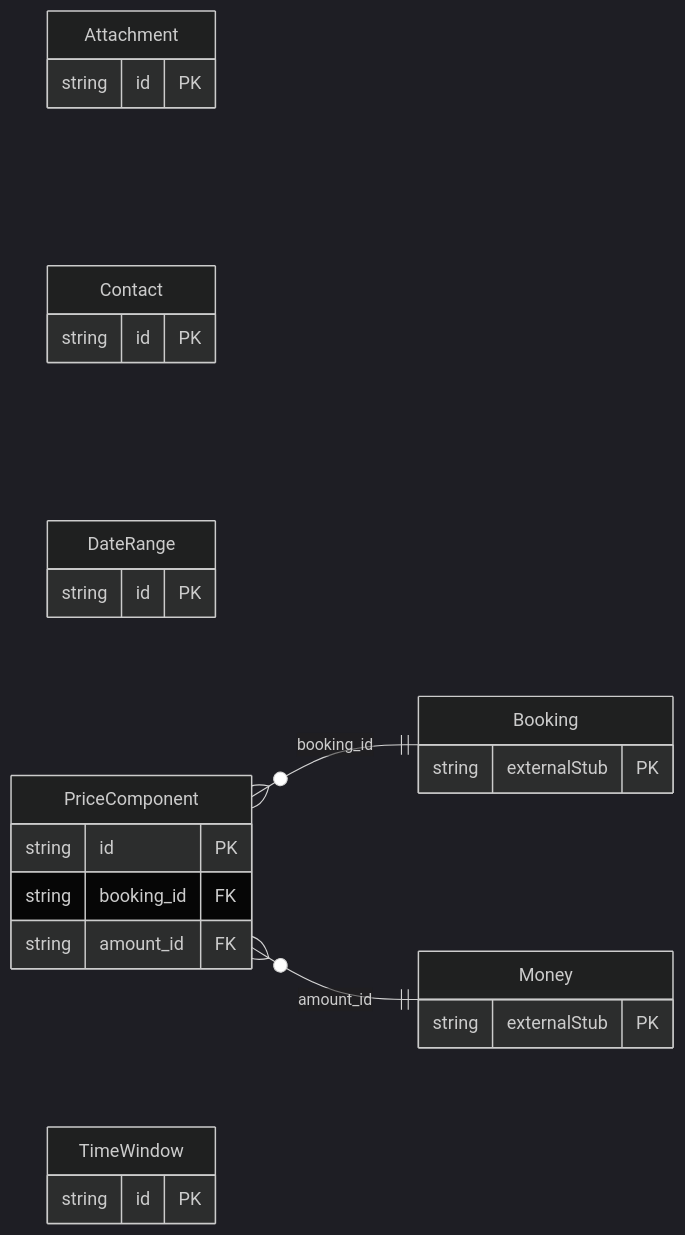
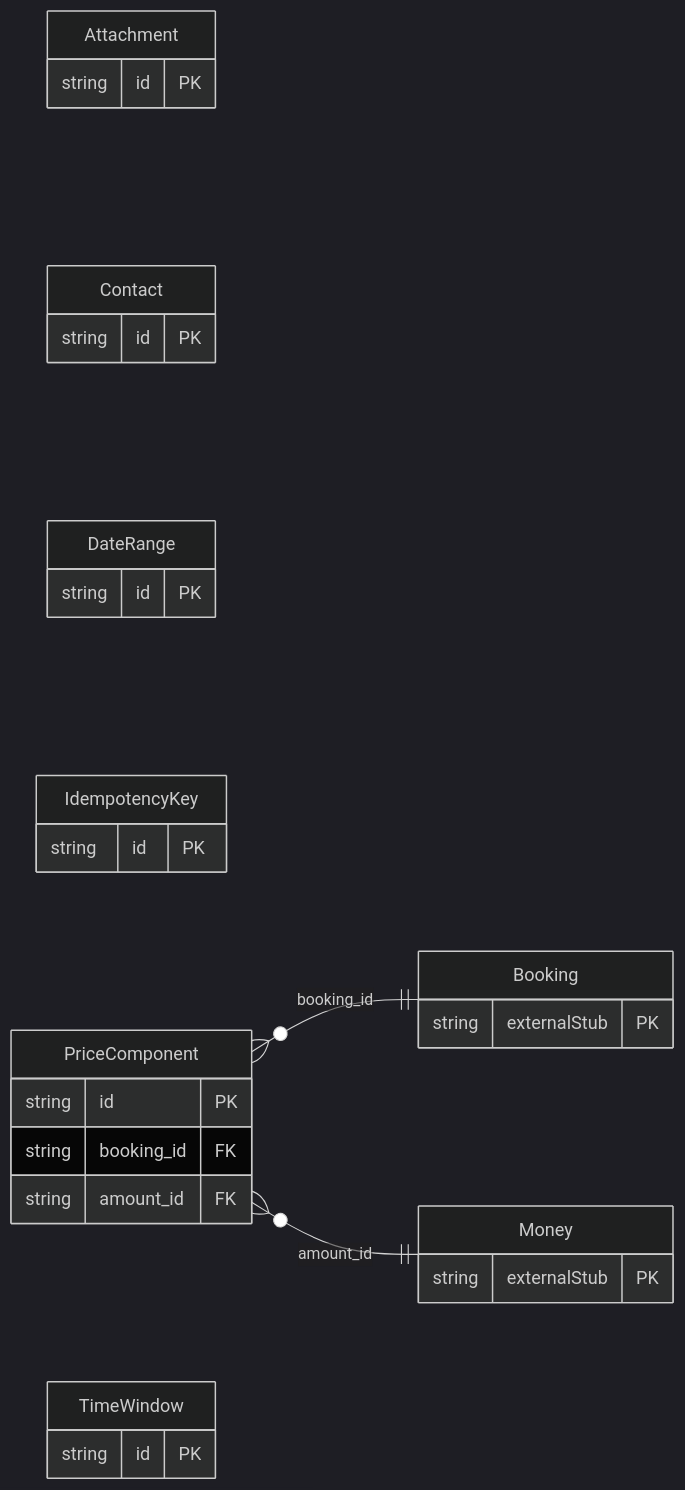
Before and after one commit to oh-tarnished/freebusy: the diagram in protobuf/generated/prisma/freebusy/shared/README.md, drawn with Mermaid (dark theme). The commit also changed other lines of this file and 43 other files, not shown here.

First line of the commit message:
feat: add idempotency key management

````diff
--- a/protobuf/generated/prisma/freebusy/shared/README.md
+++ b/protobuf/generated/prisma/freebusy/shared/README.md
@@ -13,29 +13,32 @@
 ```mermaid
 erDiagram
     direction LR
     Attachment {
         string id PK
     }
     Contact {
         string id PK
     }
     DateRange {
+        string id PK
+    }
+    IdempotencyKey {
         string id PK
     }
     PriceComponent {
         string id PK
         string booking_id FK
         string amount_id FK
     }
     TimeWindow {
         string id PK
     }
     Booking {
         string externalStub PK
     }
     Money {
         string externalStub PK
     }
     PriceComponent }o--|| Booking : "booking_id"
     PriceComponent }o--|| Money : "amount_id"
 ```
````
